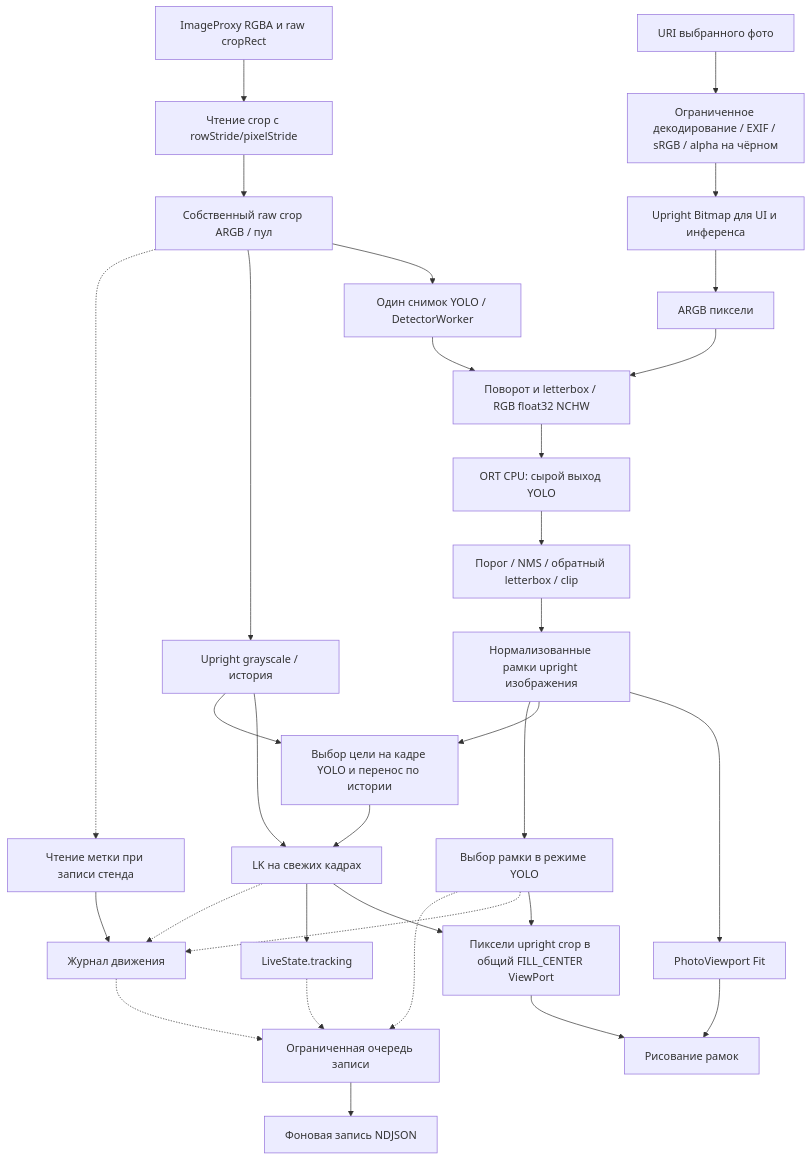
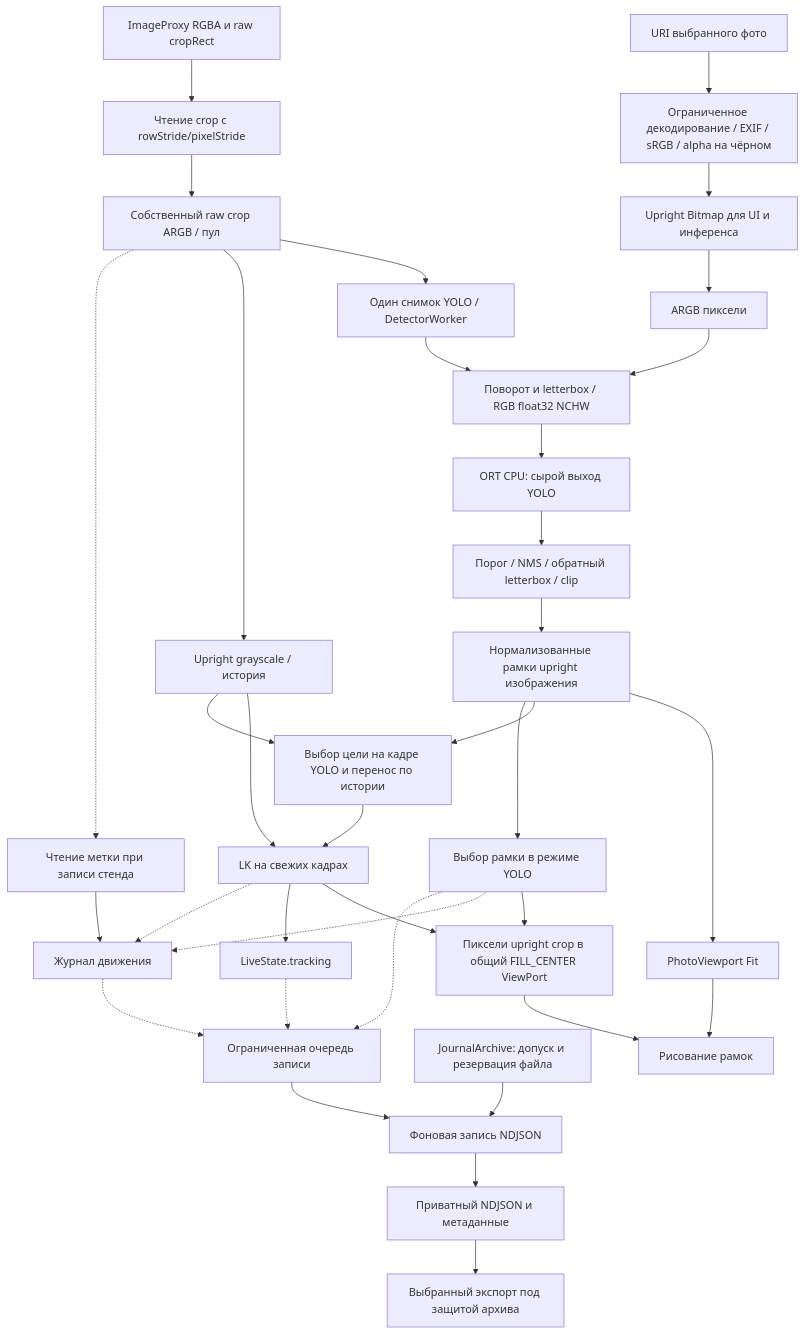
The diagram in docs/architecture/data-flow.md (Kr1st10/drone-cv-android-prototype), drawn with Mermaid before and after one commit. The commit also changed other lines of this file and 20 other files, not shown here.

Commit message:
feat: expose persistent journal archive in recording UI

````diff
--- a/docs/architecture/data-flow.md
+++ b/docs/architecture/data-flow.md
@@ -7,34 +7,37 @@
 ```mermaid
 flowchart TD
     P[URI выбранного фото] --> D[Ограниченное декодирование / EXIF / sRGB / alpha на чёрном]
     D --> B[Upright Bitmap для UI и инференса]
     B --> A[ARGB пиксели]
     C[ImageProxy RGBA и raw cropRect] --> R[Чтение crop с rowStride/pixelStride]
     R --> A2[Собственный raw crop ARGB / пул]
     A --> Pre[Поворот и letterbox / RGB float32 NCHW]
     A2 --> Queue[Один снимок YOLO / DetectorWorker]
     A2 --> Gray[Upright grayscale / история]
     Gray --> Track[LK на свежих кадрах]
     Queue --> Pre
     Pre --> ORT[ORT CPU: сырой выход YOLO]
     ORT --> Post[Порог / NMS / обратный letterbox / clip]
     Post --> Norm[Нормализованные рамки upright изображения]
     Norm --> Photo[PhotoViewport Fit]
     Norm --> Correct[Выбор цели на кадре YOLO и перенос по истории]
     Gray --> Correct
     Correct --> Track
     Track --> Camera[Пиксели upright crop в общий FILL_CENTER ViewPort]
     Track --> Signal[LiveState.tracking]
     Norm --> Baseline[Выбор рамки в режиме YOLO]
     Baseline --> Camera
     A2 -.-> Marker[Чтение метки при записи стенда]
     Marker --> MotionLog[Журнал движения]
     Track -.-> MotionLog
     Baseline -.-> MotionLog
     Signal -.-> Timeline[Ограниченная очередь записи]
     Baseline -.-> Timeline
     MotionLog -.-> Timeline
     Timeline --> Writer[Фоновая запись NDJSON]
+    Archive[JournalArchive: допуск и резервация файла] --> Writer
+    Writer --> Stored[Приватный NDJSON и метаданные]
+    Stored --> Export[Выбранный экспорт под защитой архива]
     Photo --> Draw[Рисование рамок]
     Camera --> Draw
 ```
````
